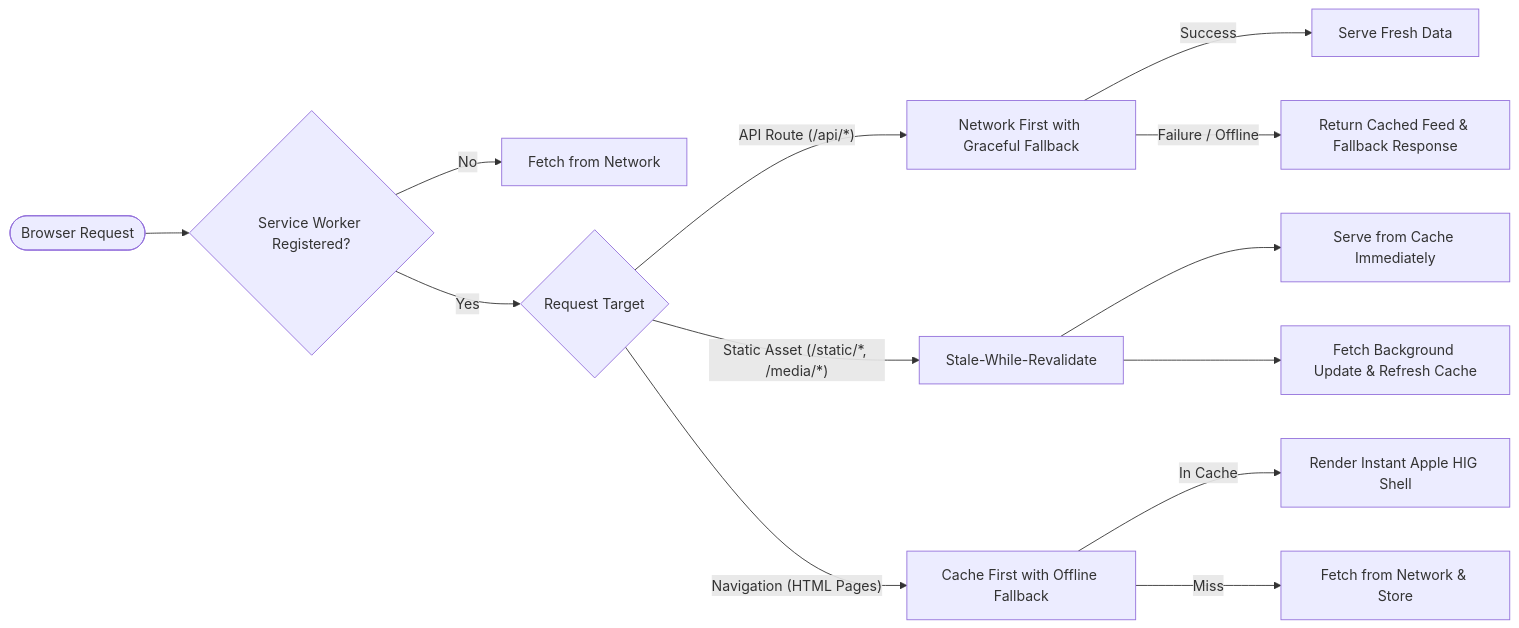
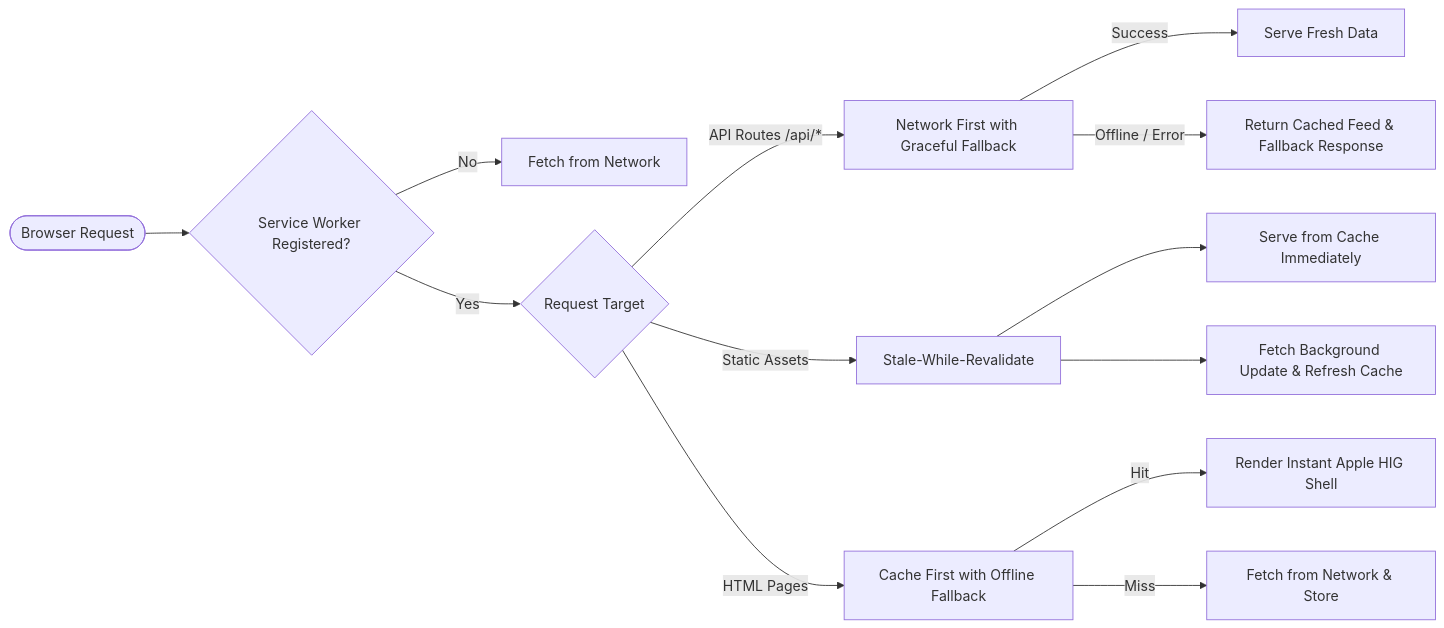
The fourth of 4 diagrams in README.md (abdulhayykhan/QATRA-Web-App), drawn with Mermaid before and after one commit. The commit also changed other lines of this file, not shown here.

Commit message:
docs: fix Mermaid diagram syntax errors in README.md

````diff
--- a/README.md
+++ b/README.md
@@ -253,19 +253,19 @@
 ```mermaid
 flowchart LR
-    Request([Browser Request]) --> SW{Service Worker Registered?}
-    SW -- No --> NetworkDirect[Fetch from Network]
-    SW -- Yes --> RouteType{Request Target}
+    Request(["Browser Request"]) --> SW{"Service Worker Registered?"}
+    SW -->|No| NetworkDirect["Fetch from Network"]
+    SW -->|Yes| RouteType{"Request Target"}
     
-    RouteType -- API Route (/api/*) --> NetFirst[Network First with Graceful Fallback]
-    RouteType -- Static Asset (/static/*, /media/*) --> StaleWhile[Stale-While-Revalidate]
-    RouteType -- Navigation (HTML Pages) --> CacheFirst[Cache First with Offline Fallback]
+    RouteType -->|API Routes /api/*| NetFirst["Network First with Graceful Fallback"]
+    RouteType -->|Static Assets| StaleWhile["Stale-While-Revalidate"]
+    RouteType -->|HTML Pages| CacheFirst["Cache First with Offline Fallback"]
     
-    NetFirst -->|Success| ReturnResponse[Serve Fresh Data]
-    NetFirst -->|Failure / Offline| DegradedHealth[Return Cached Feed & Fallback Response]
+    NetFirst -->|Success| ReturnResponse["Serve Fresh Data"]
+    NetFirst -->|Offline / Error| DegradedHealth["Return Cached Feed & Fallback Response"]
     
-    StaleWhile --> ServeCached[Serve from Cache Immediately]
-    StaleWhile --> FetchUpdate[Fetch Background Update & Refresh Cache]
+    StaleWhile --> ServeCached["Serve from Cache Immediately"]
+    StaleWhile --> FetchUpdate["Fetch Background Update & Refresh Cache"]
     
-    CacheFirst -->|In Cache| ServeHTML[Render Instant Apple HIG Shell]
-    CacheFirst -->|Miss| FetchHTML[Fetch from Network & Store]
+    CacheFirst -->|Hit| ServeHTML["Render Instant Apple HIG Shell"]
+    CacheFirst -->|Miss| FetchHTML["Fetch from Network & Store"]
 ```
````
